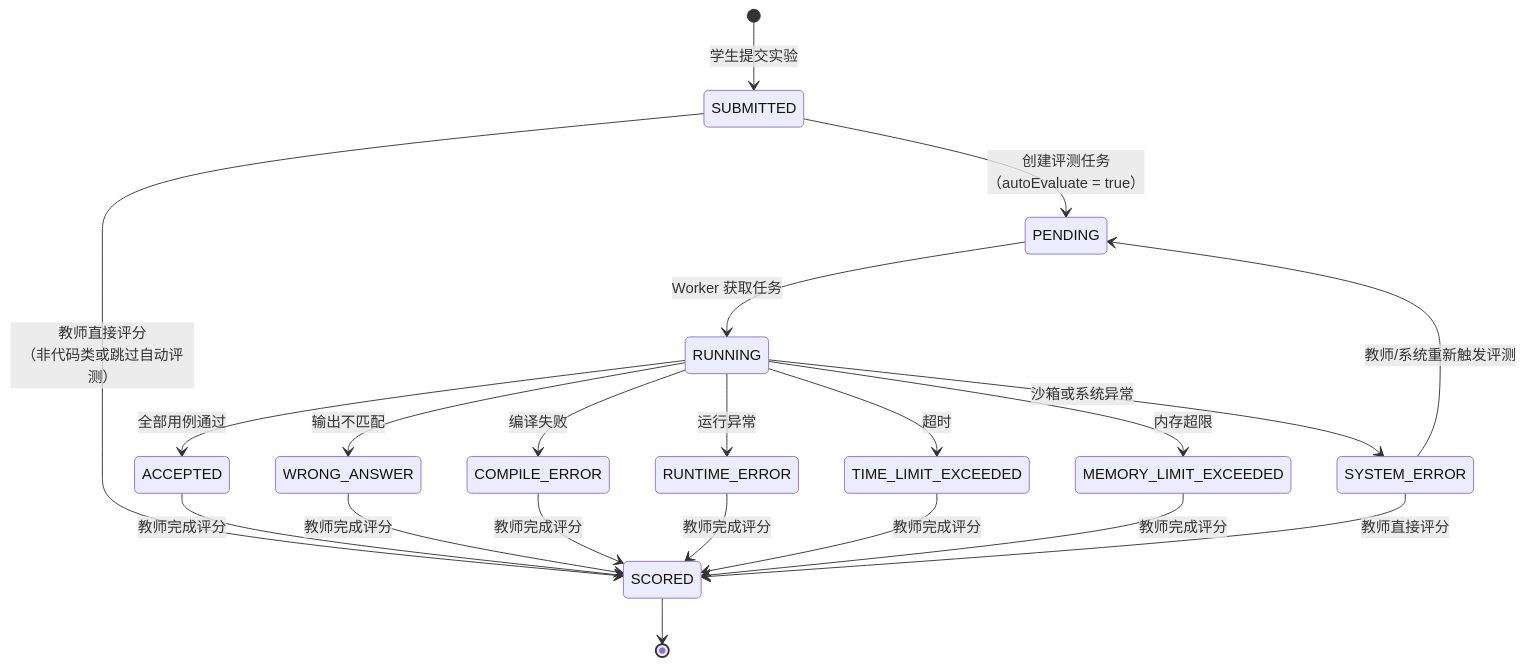
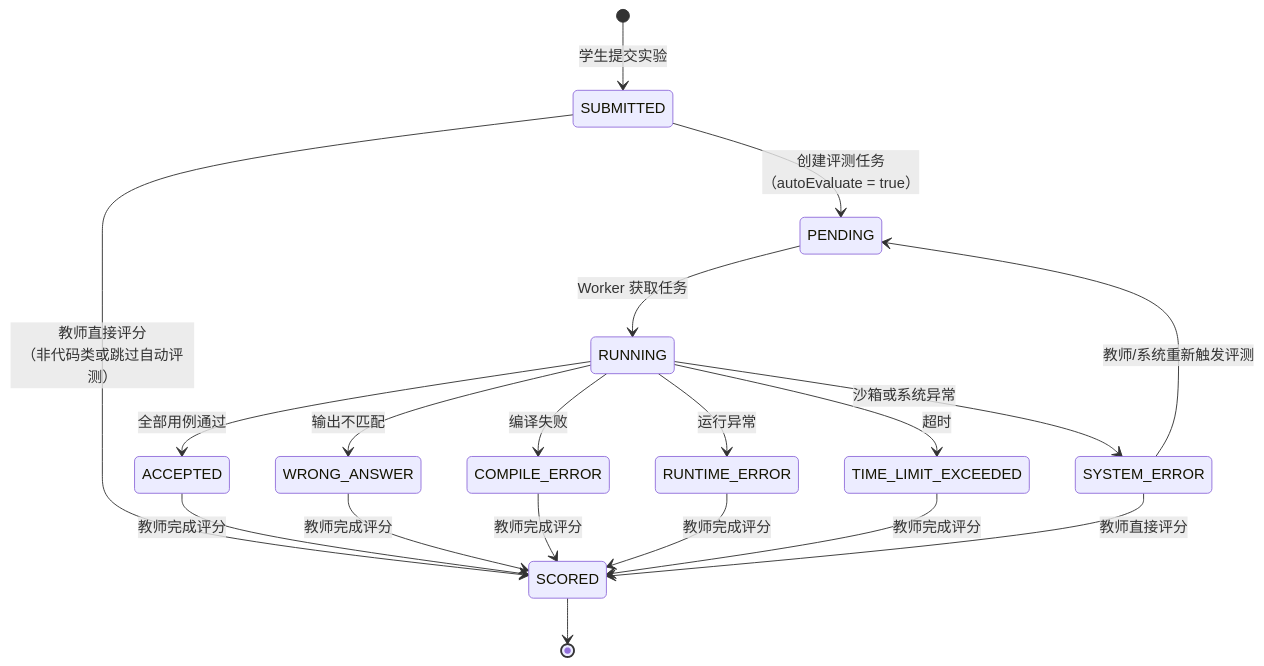
One commit to Cr4zyorange/OnlineJudge changed diagram 31 of 50 in docs/最终提交/软件详细设计说明书.md. Above: the diagram before and after it, drawn with Mermaid. The commit also changed other lines of this file and 12 other files, not shown here.

````diff
--- a/docs/最终提交/软件详细设计说明书.md
+++ b/docs/最终提交/软件详细设计说明书.md
@@ -2636,23 +2948,21 @@
 ```mermaid
 stateDiagram-v2
     [*] --> SUBMITTED: 学生提交实验
     SUBMITTED --> PENDING: 创建评测任务<br/>（autoEvaluate = true）
     SUBMITTED --> SCORED: 教师直接评分<br/>（非代码类或跳过自动评测）
     PENDING --> RUNNING: Worker 获取任务
     RUNNING --> ACCEPTED: 全部用例通过
     RUNNING --> WRONG_ANSWER: 输出不匹配
     RUNNING --> COMPILE_ERROR: 编译失败
     RUNNING --> RUNTIME_ERROR: 运行异常
     RUNNING --> TIME_LIMIT_EXCEEDED: 超时
-    RUNNING --> MEMORY_LIMIT_EXCEEDED: 内存超限
     RUNNING --> SYSTEM_ERROR: 沙箱或系统异常
     ACCEPTED --> SCORED: 教师完成评分
     WRONG_ANSWER --> SCORED: 教师完成评分
     COMPILE_ERROR --> SCORED: 教师完成评分
     RUNTIME_ERROR --> SCORED: 教师完成评分
     TIME_LIMIT_EXCEEDED --> SCORED: 教师完成评分
-    MEMORY_LIMIT_EXCEEDED --> SCORED: 教师完成评分
     SYSTEM_ERROR --> PENDING: 教师/系统重新触发评测
     SYSTEM_ERROR --> SCORED: 教师直接评分
     SCORED --> [*]
 ```
````
